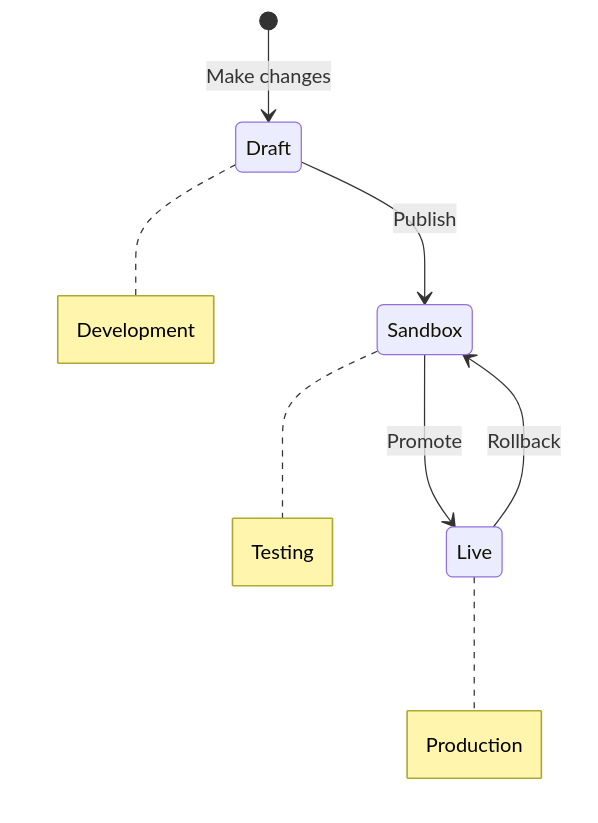
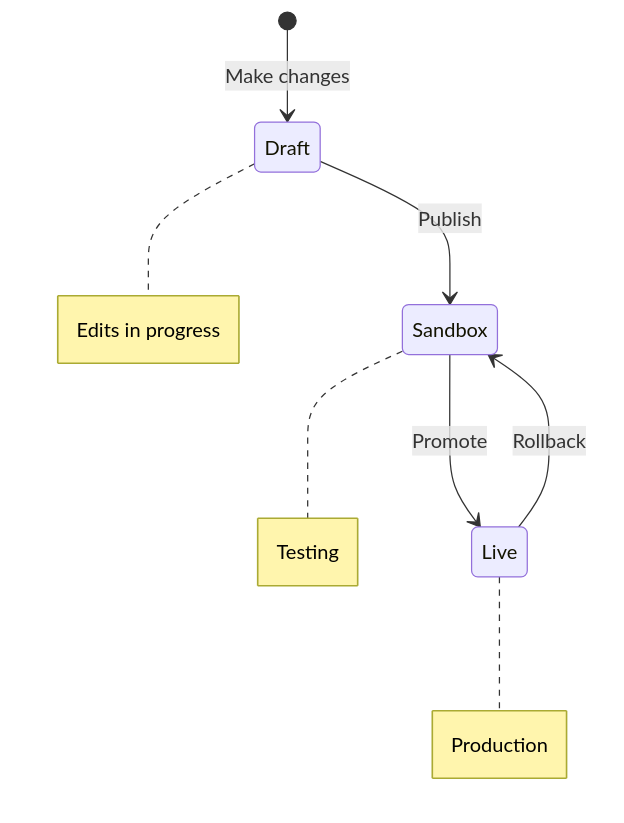
Before and after one commit to PolyAI-LDN/polyai-mintlify-doc: the first of 2 diagrams in environments-and-versions/introduction.mdx, drawn with Mermaid. The commit also changed other lines of this file, not shown here.

````diff
--- a/environments-and-versions/introduction.mdx
+++ b/environments-and-versions/introduction.mdx
@@ -28,12 +20,12 @@
 ```mermaid
 stateDiagram-v2
     [*] --> Draft: Make changes
     Draft --> Sandbox: Publish
     Sandbox --> Live: Promote
 
     Live --> Sandbox: Rollback
 
-    note right of Draft: Development
+    note right of Draft: Edits in progress
     note right of Sandbox: Testing
     note right of Live: Production
 ```
````
